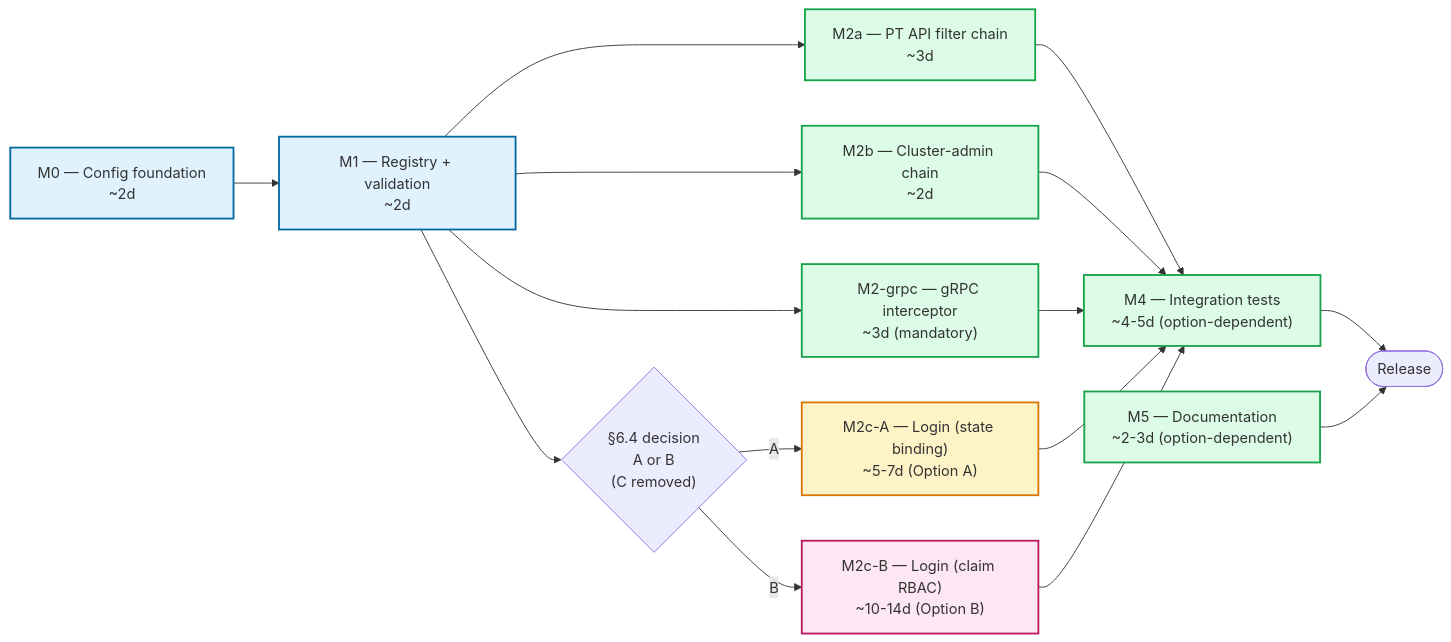
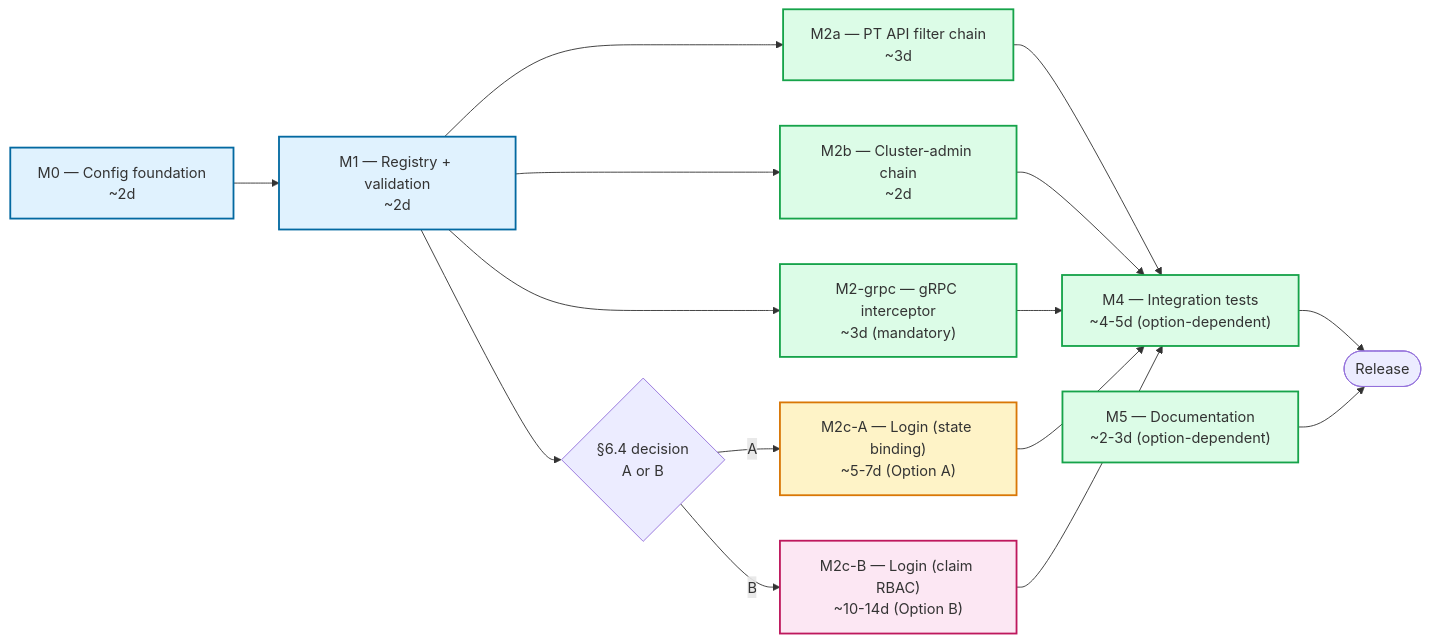
Before and after one commit to camunda/camunda: the sixth of 8 diagrams in docs/monorepo-docs/architecture/components/identity/physical-tenants-identity-plan.md, drawn with Mermaid. The commit also changed other lines of this file, not shown here.

First line of the commit message:
docs: drop Option C (defer) from login/logout decision

````diff
--- a/docs/monorepo-docs/architecture/components/identity/physical-tenants-identity-plan.md
+++ b/docs/monorepo-docs/architecture/components/identity/physical-tenants-identity-plan.md
@@ -1302,34 +1298,34 @@
 ```mermaid
 flowchart LR
     M0["M0 — Config foundation<br/>~2d"]:::seq
     M1["M1 — Registry + validation<br/>~2d"]:::seq
     M2a["M2a — PT API filter chain<br/>~3d"]:::par
     M2b["M2b — Cluster-admin chain<br/>~2d"]:::par
     M2grpc["M2-grpc — gRPC interceptor<br/>~3d (mandatory)"]:::par
     M2cA["M2c-A — Login (state binding)<br/>~5-7d (Option A)"]:::optA
     M2cB["M2c-B — Login (claim RBAC)<br/>~10-14d (Option B)"]:::optB
     M4["M4 — Integration tests<br/>~4-5d (option-dependent)"]:::par
     M5["M5 — Documentation<br/>~2-3d (option-dependent)"]:::par
-    Decision{"§6.4 decision<br/>A or B<br/>(C removed)"}
+    Decision{"§6.4 decision<br/>A or B"}
     Release([Release])
 
     M0 --> M1
     M1 --> M2a
     M1 --> M2b
     M1 --> M2grpc
     M1 --> Decision
     Decision -->|A| M2cA
     Decision -->|B| M2cB
     M2a --> M4
     M2b --> M4
     M2grpc --> M4
     M2cA --> M4
     M2cB --> M4
     M4 --> Release
     M5 --> Release
 
     classDef seq fill:#e0f2fe,stroke:#0369a1,stroke-width:2px;
     classDef par fill:#dcfce7,stroke:#16a34a,stroke-width:2px;
     classDef optA fill:#fef3c7,stroke:#d97706,stroke-width:2px;
     classDef optB fill:#fce7f3,stroke:#be185d,stroke-width:2px;
 ```
````
